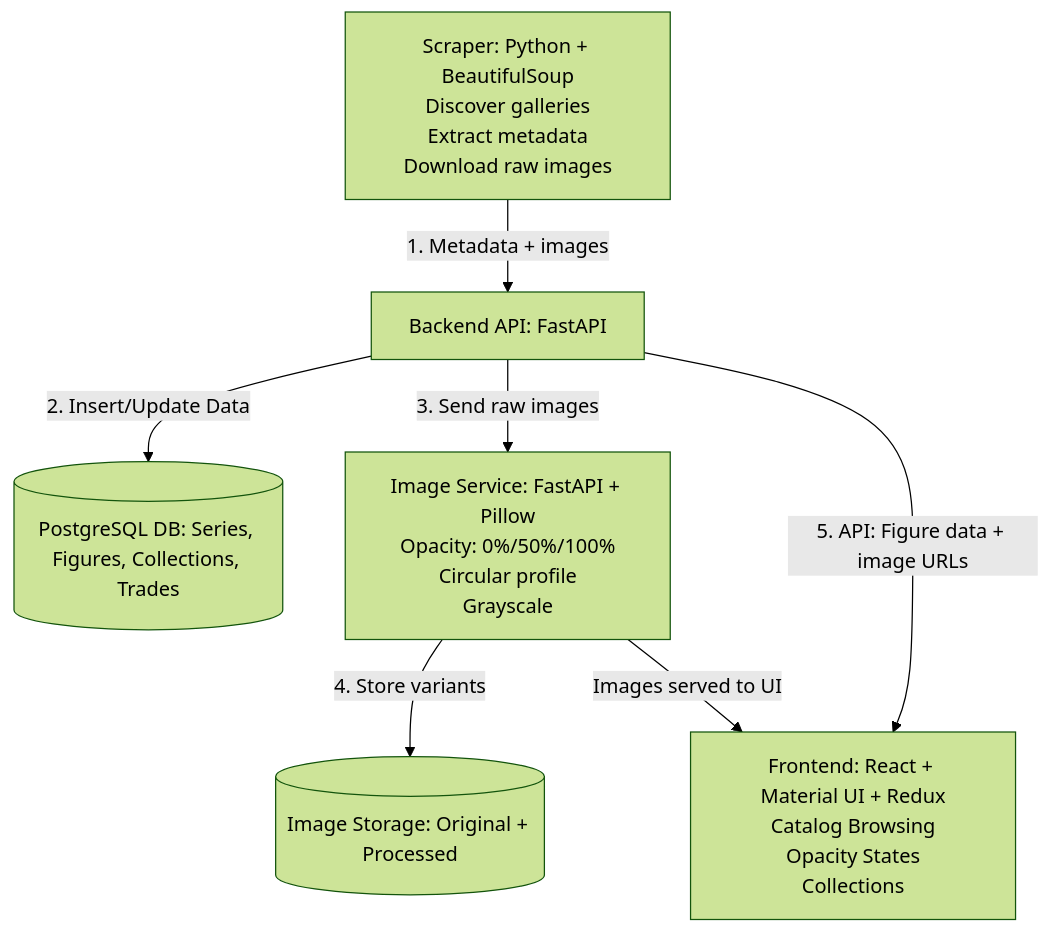
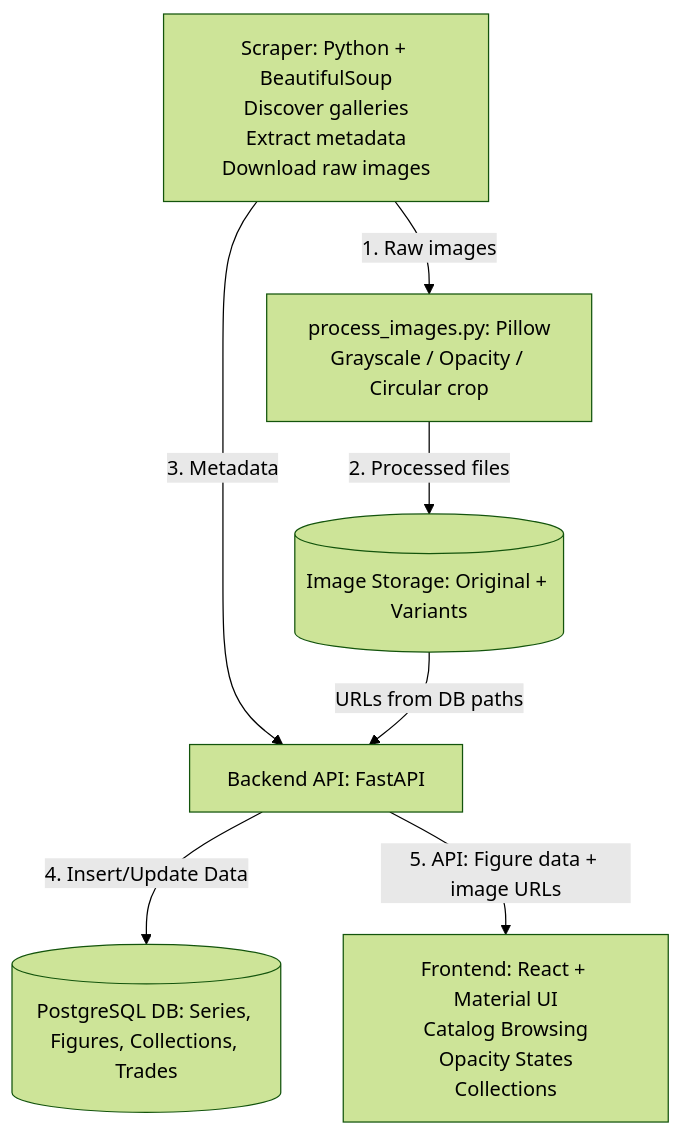
Before and after one commit to itsmeicode/angel-archive: the diagram in README.md, drawn with Mermaid (forest theme). The commit also changed other lines of this file, not shown here.

````diff
--- a/README.md
+++ b/README.md
@@ -184,28 +173,24 @@
 ```mermaid
 flowchart TD
 
     %% Scraper
     A[Scraper: Python + BeautifulSoup
 Discover galleries
 Extract metadata
-Download raw images] -->|1. Metadata + images| B[Backend API: FastAPI]
+Download raw images] -->|1. Raw images| P[process_images.py: Pillow
+Grayscale / Opacity / Circular crop]
 
-    %% Backend
-    B -->|2. Insert/Update Data| C[(PostgreSQL DB: Series, Figures, Collections, Trades)]
+    P -->|2. Processed files| E[(Image Storage: Original + Variants)]
 
-    %% Image Service
-    B -->|3. Send raw images| D[Image Service: FastAPI + Pillow
-Opacity: 0%/50%/100%
-Circular profile
-Grayscale]
+    A -->|3. Metadata| B[Backend API: FastAPI]
 
-    D -->|4. Store variants| E[(Image Storage: Original + Processed)]
+    B -->|4. Insert/Update Data| C[(PostgreSQL DB: Series, Figures, Collections, Trades)]
 
     %% Frontend
-    B -->|5. API: Figure data + image URLs| F[Frontend: React + Material UI + Redux
+    B -->|5. API: Figure data + image URLs| F[Frontend: React + Material UI
 Catalog Browsing
 Opacity States
 Collections]
 
-    D -->|Images served to UI| F
+    E -->|URLs from DB paths| B
 ```
````
